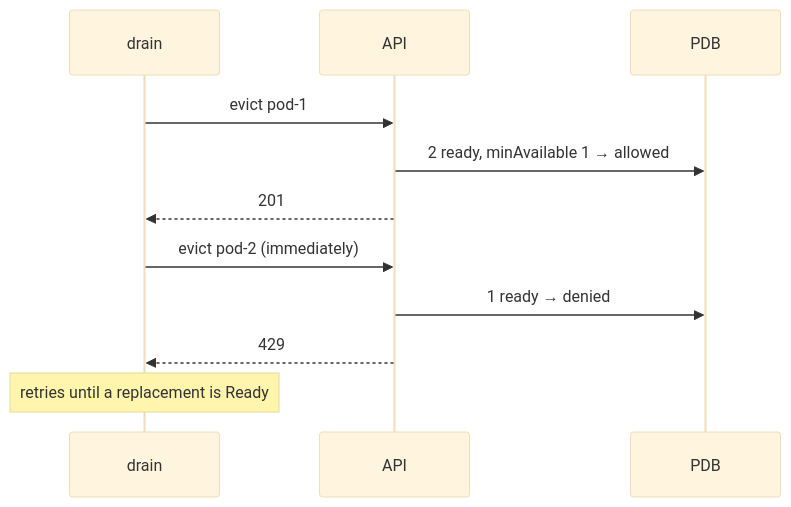
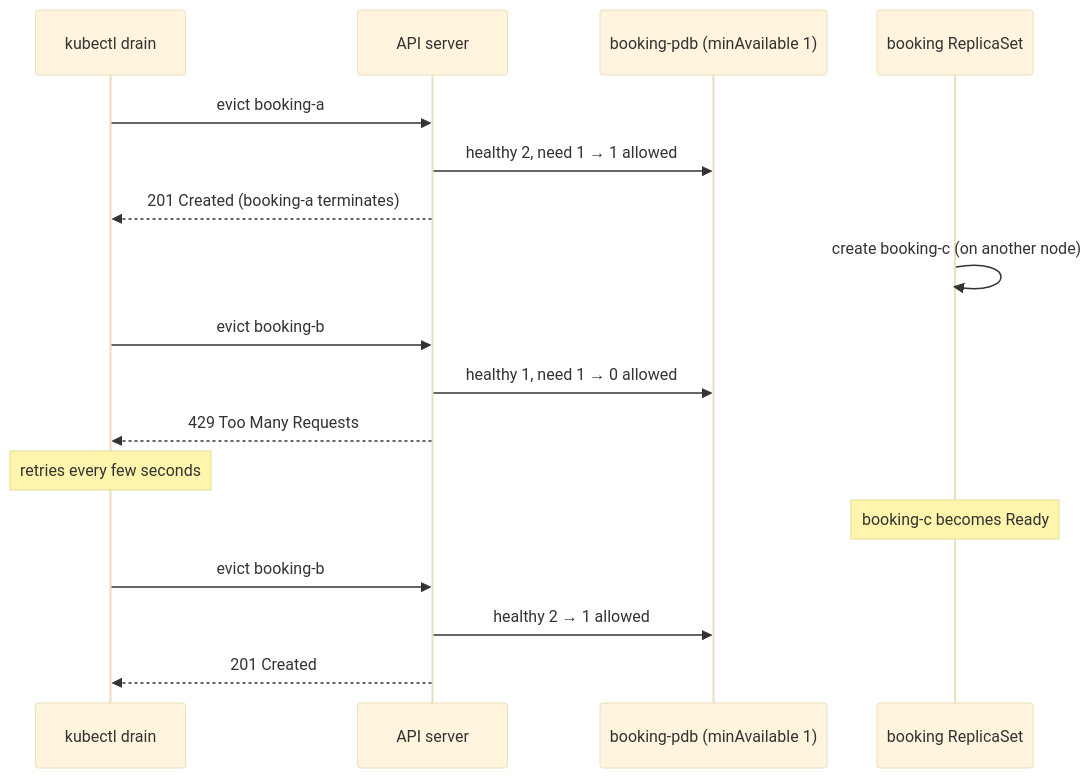
One commit to darshan-raul/apollo11-docs changed the diagram in docs/learn/reliability/disruption-budgets.md. Above: the diagram before and after it, drawn with Mermaid (base theme). The commit also changed other lines of this file and 7 other files, not shown here.

````diff
--- a/docs/learn/reliability/disruption-budgets.md
+++ b/docs/learn/reliability/disruption-budgets.md
@@ -34,13 +35,19 @@
 ```mermaid
 sequenceDiagram
-  participant D as drain
-  participant API
-  participant PDB
-  D->>API: evict pod-1
-  API->>PDB: 2 ready, minAvailable 1 → allowed
-  API-->>D: 201
-  D->>API: evict pod-2 (immediately)
-  API->>PDB: 1 ready → denied
-  API-->>D: 429
-  Note over D: retries until a replacement is Ready
+  participant D as kubectl drain
+  participant API as API server
+  participant PDB as booking-pdb (minAvailable 1)
+  participant RS as booking ReplicaSet
+  D->>API: evict booking-a
+  API->>PDB: healthy 2, need 1 → 1 allowed
+  API-->>D: 201 Created (booking-a terminates)
+  RS->>RS: create booking-c (on another node)
+  D->>API: evict booking-b
+  API->>PDB: healthy 1, need 1 → 0 allowed
+  API-->>D: 429 Too Many Requests
+  Note over D: retries every few seconds
+  Note over RS: booking-c becomes Ready
+  D->>API: evict booking-b
+  API->>PDB: healthy 2 → 1 allowed
+  API-->>D: 201 Created
 ```
````
